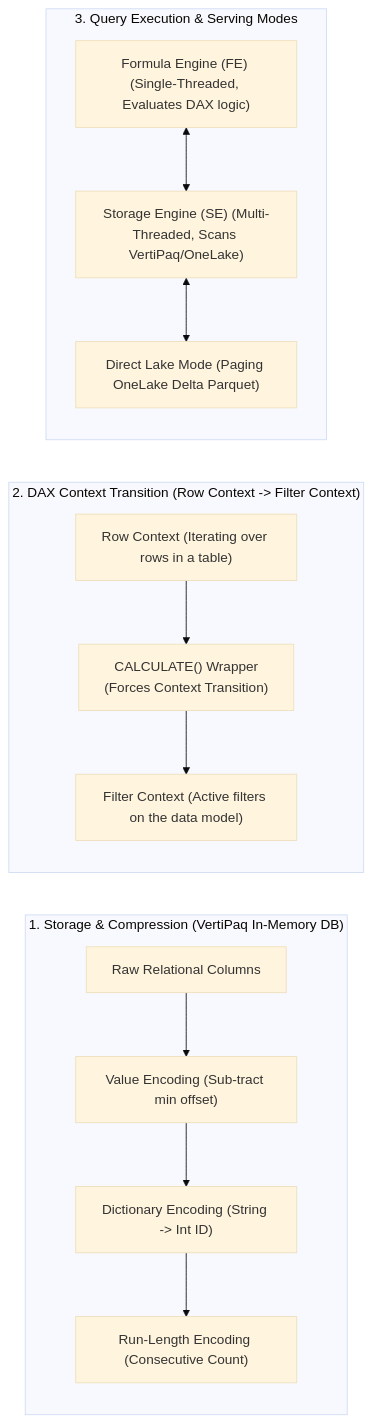
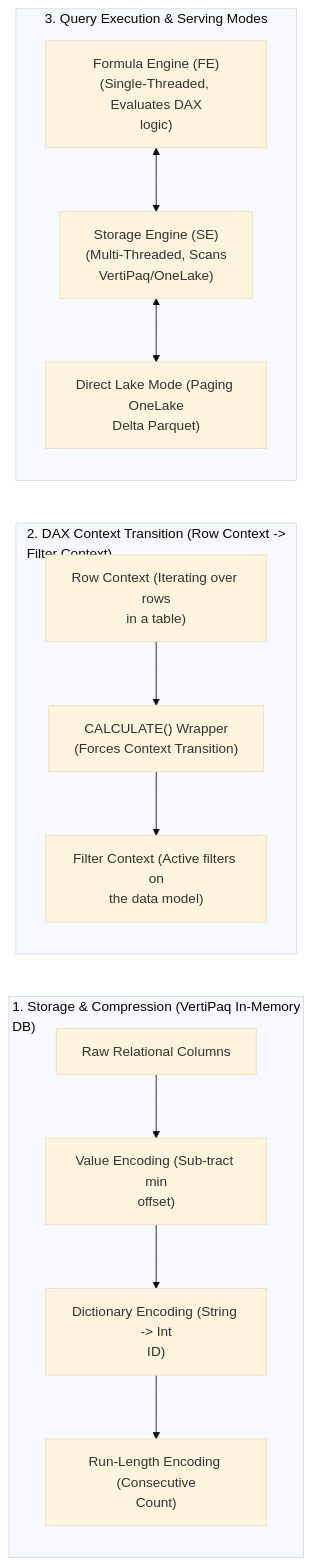
One commit to santoshjammi29/data-system-design-handbook changed diagram 14 of 28 in docs/whiteboard_diagrams/handbook_whiteboard_blueprints.md. Above: the diagram before and after it, drawn with Mermaid (base theme). The commit also changed other lines of this file and 15 other files, not shown here.

Commit message:
fix(diagrams): word-wrap labels and escape comparison operators across all diagrams

````diff
--- a/docs/whiteboard_diagrams/handbook_whiteboard_blueprints.md
+++ b/docs/whiteboard_diagrams/handbook_whiteboard_blueprints.md
@@ -616,24 +616,24 @@
 ```mermaid
 flowchart LR
-    subgraph Panel1 ["1. Storage & Compression (VertiPaq In-Memory DB)"]
+    subgraph Panel1 ["1. Storage & Compression (VertiPaq In-Memory<br/>DB)"]
         RawCols["Raw Relational Columns"]
-        ValueEnc["Value Encoding (Sub-tract min offset)"]
-        DictEnc["Dictionary Encoding (String -> Int ID)"]
-        RLE["Run-Length Encoding (Consecutive Count)"]
+        ValueEnc["Value Encoding (Sub-tract min<br/>offset)"]
+        DictEnc["Dictionary Encoding (String -> Int<br/>ID)"]
+        RLE["Run-Length Encoding (Consecutive<br/>Count)"]
         RawCols --> ValueEnc --> DictEnc --> RLE
     end
 
-    subgraph Panel2 ["2. DAX Context Transition (Row Context -> Filter Context)"]
-        RowContext["Row Context (Iterating over rows in a table)"]
-        Calculate["CALCULATE() Wrapper\n(Forces Context Transition)"]
-        FilterContext["Filter Context (Active filters on the data model)"]
+    subgraph Panel2 ["2. DAX Context Transition (Row Context -><br/>Filter Context)"]
+        RowContext["Row Context (Iterating over rows<br/>in a table)"]
+        Calculate["CALCULATE() Wrapper<br/>(Forces Context Transition)"]
+        FilterContext["Filter Context (Active filters on<br/>the data model)"]
         RowContext --> Calculate --> FilterContext
     end
 
     subgraph Panel3 ["3. Query Execution & Serving Modes"]
-        FormulaEngine["Formula Engine (FE) (Single-Threaded, Evaluates DAX logic)"]
-        StorageEngine["Storage Engine (SE) (Multi-Threaded, Scans VertiPaq/OneLake)"]
-        DirectLake["Direct Lake Mode (Paging OneLake Delta Parquet)"]
+        FormulaEngine["Formula Engine (FE)<br/>(Single-Threaded, Evaluates DAX<br/>logic)"]
+        StorageEngine["Storage Engine (SE)<br/>(Multi-Threaded, Scans<br/>VertiPaq/OneLake)"]
+        DirectLake["Direct Lake Mode (Paging OneLake<br/>Delta Parquet)"]
         FormulaEngine <--> StorageEngine <--> DirectLake
     end
 ```
````
